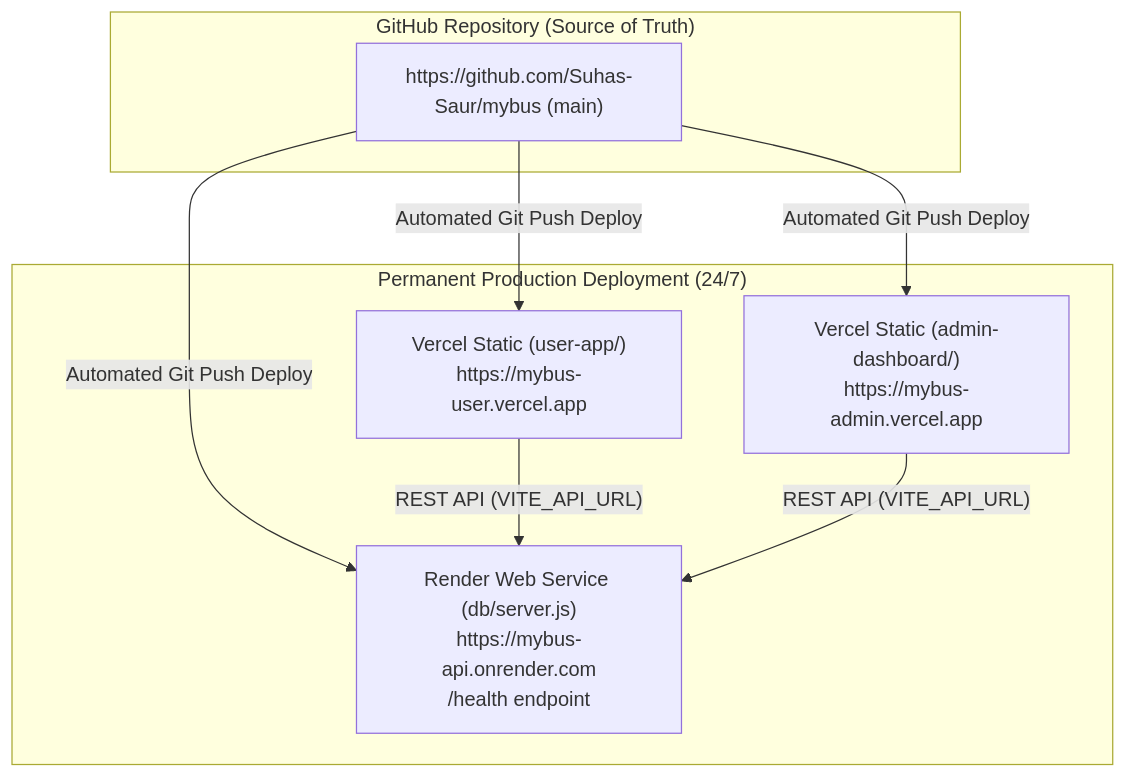
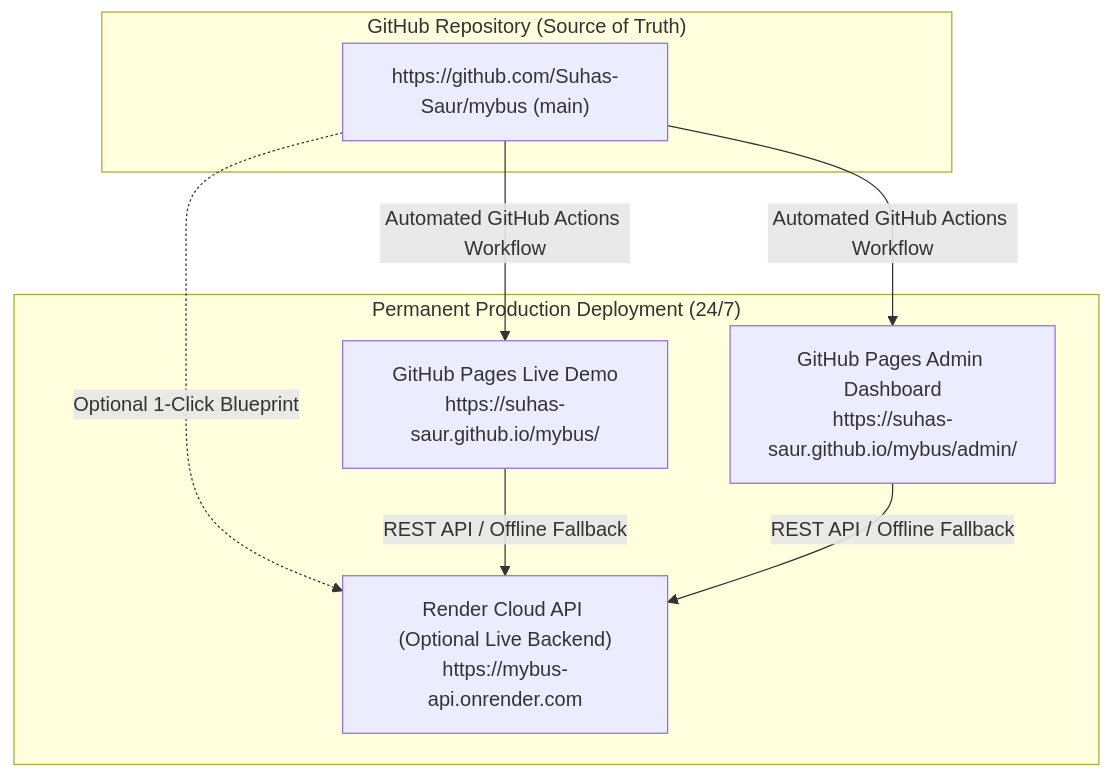
One commit to Suhas-Saur/mybus changed the diagram in README.md. Above: the diagram before and after it, drawn with Mermaid. The commit also changed other lines of this file and 7 other files, not shown here.

Commit message:
feat(pages): add GitHub Pages automated deployment workflow and update README live demo

````diff
--- a/README.md
+++ b/README.md
@@ -44,19 +47,19 @@
 ```mermaid
 graph TD
     subgraph GitHub ["GitHub Repository (Source of Truth)"]
         Repo["https://github.com/Suhas-Saur/mybus (main)"]
     end
 
     subgraph ProductionDeploy ["Permanent Production Deployment (24/7)"]
-        DB["Render Web Service (db/server.js)<br/>https://mybus-api.onrender.com<br/>/health endpoint"]
-        UserApp["Vercel Static (user-app/)<br/>https://mybus-user.vercel.app"]
-        AdminApp["Vercel Static (admin-dashboard/)<br/>https://mybus-admin.vercel.app"]
+        GHPages["GitHub Pages Live Demo<br/>https://suhas-saur.github.io/mybus/"]
+        AdminPages["GitHub Pages Admin Dashboard<br/>https://suhas-saur.github.io/mybus/admin/"]
+        RenderDB["Render Cloud API (Optional Live Backend)<br/>https://mybus-api.onrender.com"]
     end
 
-    Repo -->|"Automated Git Push Deploy"| DB
-    Repo -->|"Automated Git Push Deploy"| UserApp
-    Repo -->|"Automated Git Push Deploy"| AdminApp
+    Repo -->|"Automated GitHub Actions Workflow"| GHPages
+    Repo -->|"Automated GitHub Actions Workflow"| AdminPages
+    Repo -.->|"Optional 1-Click Blueprint"| RenderDB
 
-    UserApp -->|"REST API (VITE_API_URL)"| DB
-    AdminApp -->|"REST API (VITE_API_URL)"| DB
+    GHPages -->|"REST API / Offline Fallback"| RenderDB
+    AdminPages -->|"REST API / Offline Fallback"| RenderDB
 ```
````
